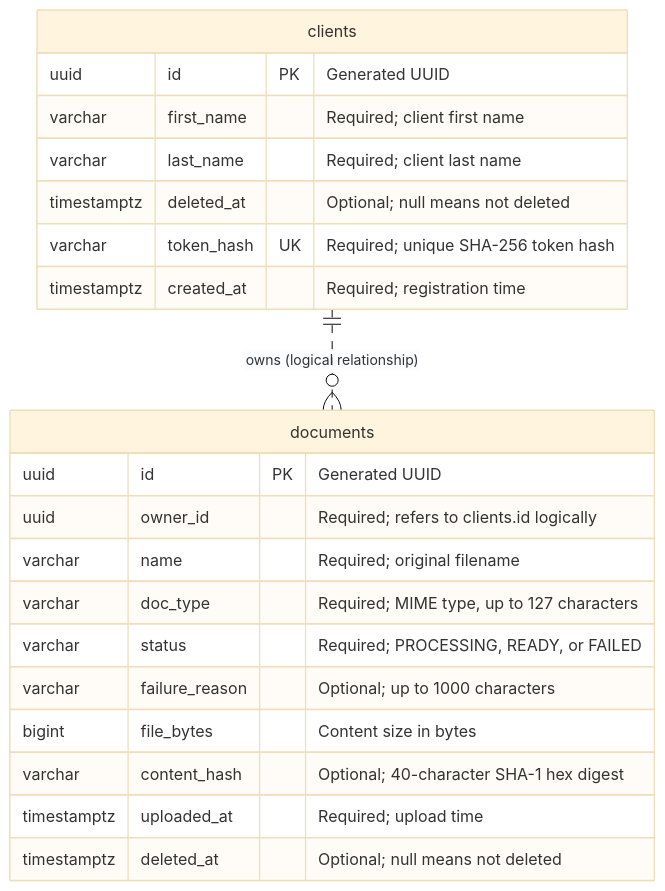
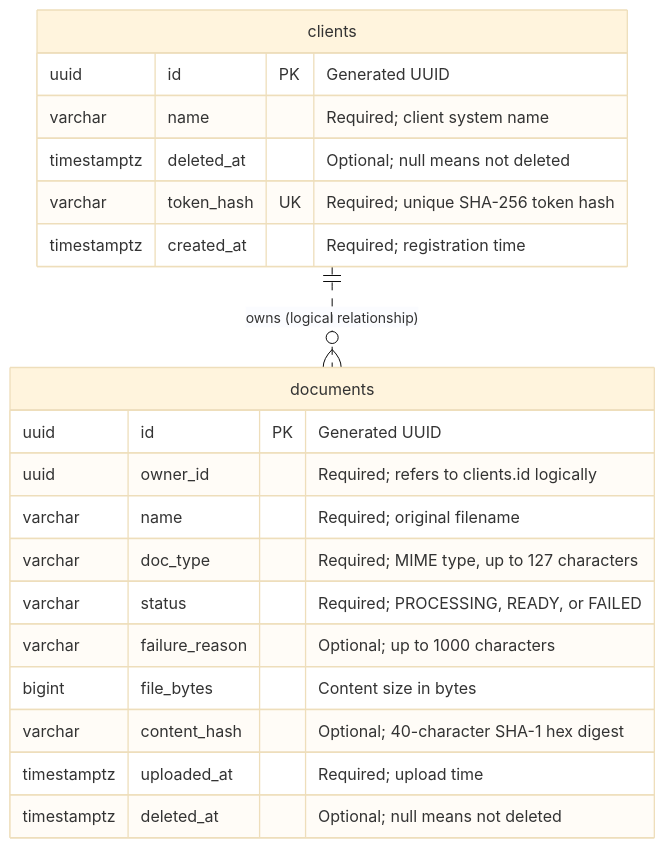
Before and after one commit to ishan-akhouri/knowledgeDrop: the second of 2 diagrams in README.md, drawn with Mermaid (base theme). The commit also changed other lines of this file and 7 other files, not shown here.

Commit message:
reverting back to client name (removing first_name, last_name)

````diff
--- a/README.md
+++ b/README.md
@@ -64,26 +64,25 @@
 ```mermaid
 erDiagram
     clients ||..o{ documents : "owns (logical relationship)"
 
     clients {
         uuid id PK "Generated UUID"
-        varchar first_name "Required; client first name"
-        varchar last_name "Required; client last name"
+        varchar name "Required; client system name"
         timestamptz deleted_at "Optional; null means not deleted"
         varchar token_hash UK "Required; unique SHA-256 token hash"
         timestamptz created_at "Required; registration time"
     }
 
     documents {
         uuid id PK "Generated UUID"
         uuid owner_id "Required; refers to clients.id logically"
         varchar name "Required; original filename"
         varchar doc_type "Required; MIME type, up to 127 characters"
         varchar status "Required; PROCESSING, READY, or FAILED"
         varchar failure_reason "Optional; up to 1000 characters"
         bigint file_bytes "Content size in bytes"
         varchar content_hash "Optional; 40-character SHA-1 hex digest"
         timestamptz uploaded_at "Required; upload time"
         timestamptz deleted_at "Optional; null means not deleted"
     }
 ```
````
